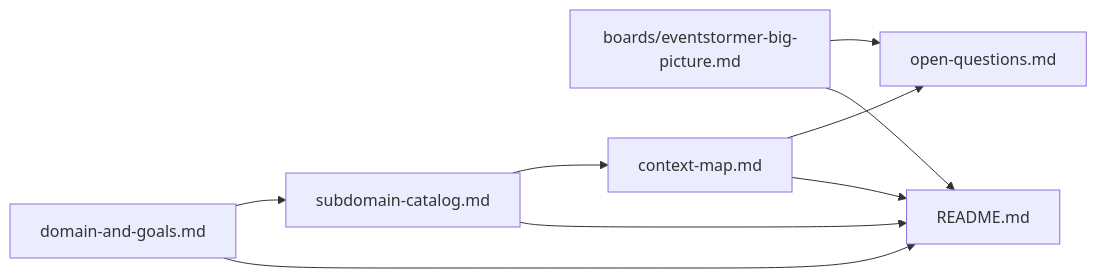
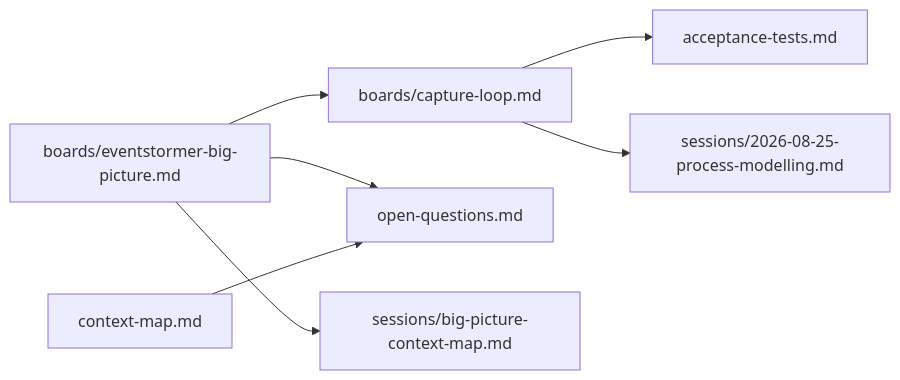
Before and after one commit to vinialbano/eventstormer: the diagram in docs/domain/README.md, drawn with Mermaid. The commit also changed other lines of this file and 5 other files, not shown here.

First line of the commit message:
docs: process modelling eventstorming on "the capture loop"

````diff
--- a/docs/domain/README.md
+++ b/docs/domain/README.md
@@ -113,11 +119,9 @@
 ```mermaid
 graph LR
-  boards_eventstormer_big_picture_md["boards/eventstormer-big-picture.md"] --> README_md["README.md"]
-  domain_and_goals_md["domain-and-goals.md"] --> README_md["README.md"]
-  subdomain_catalog_md["subdomain-catalog.md"] --> README_md["README.md"]
-  context_map_md["context-map.md"] --> README_md["README.md"]
-  domain_and_goals_md["domain-and-goals.md"] --> subdomain_catalog_md["subdomain-catalog.md"]
-  subdomain_catalog_md["subdomain-catalog.md"] --> context_map_md["context-map.md"]
+  boards_capture_loop_md["boards/capture-loop.md"] --> acceptance_tests_md["acceptance-tests.md"]
+  boards_eventstormer_big_picture_md["boards/eventstormer-big-picture.md"] --> boards_capture_loop_md["boards/capture-loop.md"]
   boards_eventstormer_big_picture_md["boards/eventstormer-big-picture.md"] --> open_questions_md["open-questions.md"]
   context_map_md["context-map.md"] --> open_questions_md["open-questions.md"]
+  boards_capture_loop_md["boards/capture-loop.md"] --> sessions_2026_08_25_process_modelling_md["sessions/2026-08-25-process-modelling.md"]
+  boards_eventstormer_big_picture_md["boards/eventstormer-big-picture.md"] --> sessions_big_picture_context_map_md["sessions/big-picture-context-map.md"]
 ```
````
